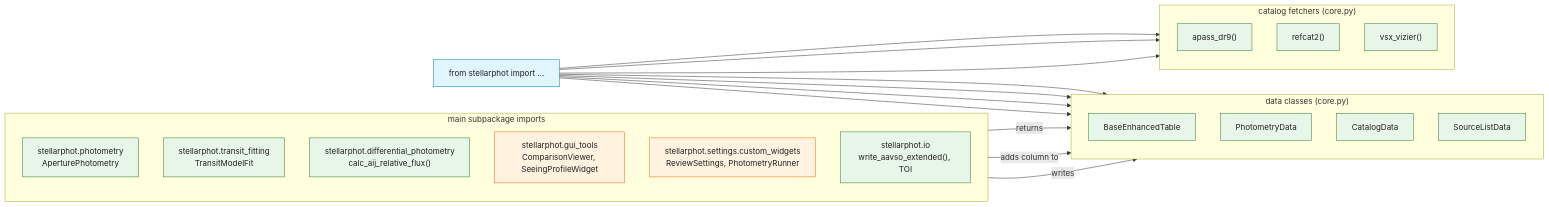
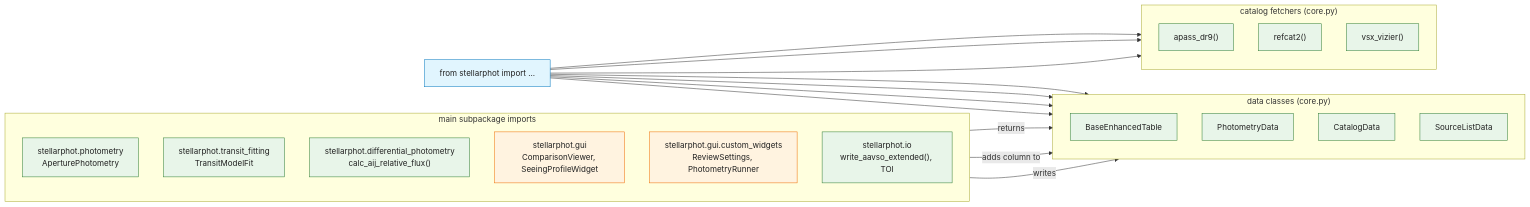
The third of 4 diagrams in docs/diagrams-02-entry-points.md (feder-observatory/stellarphot), drawn with Mermaid before and after one commit. The commit also changed other lines of this file and 3 other files, not shown here.

First line of the commit message:
Update architecture diagrams for the stellarphot.gui move + [gui] extra

````diff
--- a/docs/diagrams-02-entry-points.md
+++ b/docs/diagrams-02-entry-points.md
@@ -134,60 +134,60 @@
 ```mermaid
 flowchart LR
     classDef pkg fill:#e1f5fe,stroke:#0277bd,color:#212121
     classDef api fill:#e8f5e9,stroke:#2e7d32,color:#212121
     classDef widget fill:#fff3e0,stroke:#ef6c00,color:#212121
 
     top["from stellarphot import ..."]:::pkg
 
     subgraph sg_tables["data classes (core.py)"]
         direction TB
         bet["BaseEnhancedTable"]:::api
         pdata["PhotometryData"]:::api
         cdata["CatalogData"]:::api
         sldata["SourceListData"]:::api
     end
 
     subgraph sg_cats["catalog fetchers (core.py)"]
         direction TB
         apass["apass_dr9()"]:::api
         refcat["refcat2()"]:::api
         vsx["vsx_vizier()"]:::api
     end
 
     top --> bet
     top --> pdata
     top --> cdata
     top --> sldata
     top --> apass
     top --> refcat
     top --> vsx
 
     subgraph sg_deep["main subpackage imports"]
         direction TB
         apphot["stellarphot.photometry<br/>AperturePhotometry"]:::api
         tmf["stellarphot.transit_fitting<br/>TransitModelFit"]:::api
         relflux["stellarphot.differential_photometry<br/>calc_aij_relative_flux()"]:::api
-        cview["stellarphot.gui_tools<br/>ComparisonViewer, SeeingProfileWidget"]:::widget
-        rsw["stellarphot.settings.custom_widgets<br/>ReviewSettings, PhotometryRunner"]:::widget
+        cview["stellarphot.gui<br/>ComparisonViewer, SeeingProfileWidget"]:::widget
+        rsw["stellarphot.gui.custom_widgets<br/>ReviewSettings, PhotometryRunner"]:::widget
         waavso["stellarphot.io<br/>write_aavso_extended(), TOI"]:::api
     end
 
     apphot -->|"returns"| pdata
     relflux -->|"adds column to"| pdata
     cview -->|"writes"| sldata
 
     click top href "../stellarphot/__init__.py" "stellarphot/__init__.py"
     click bet href "../stellarphot/core.py" "core.py"
     click pdata href "../stellarphot/core.py" "core.py"
     click cdata href "../stellarphot/core.py" "core.py"
     click sldata href "../stellarphot/core.py" "core.py"
     click apass href "../stellarphot/core.py" "core.py"
     click refcat href "../stellarphot/core.py" "core.py"
     click vsx href "../stellarphot/core.py" "core.py"
     click apphot href "../stellarphot/photometry/photometry.py" "photometry.py"
     click tmf href "../stellarphot/transit_fitting/core.py" "transit_fitting/core.py"
     click relflux href "../stellarphot/differential_photometry/aij_rel_fluxes.py" "aij_rel_fluxes.py"
-    click cview href "../stellarphot/gui_tools/" "gui_tools/"
-    click rsw href "../stellarphot/settings/custom_widgets.py" "custom_widgets.py"
+    click cview href "../stellarphot/gui/" "gui/"
+    click rsw href "../stellarphot/gui/custom_widgets.py" "custom_widgets.py"
     click waavso href "../stellarphot/io/" "io/"
 ```
````
